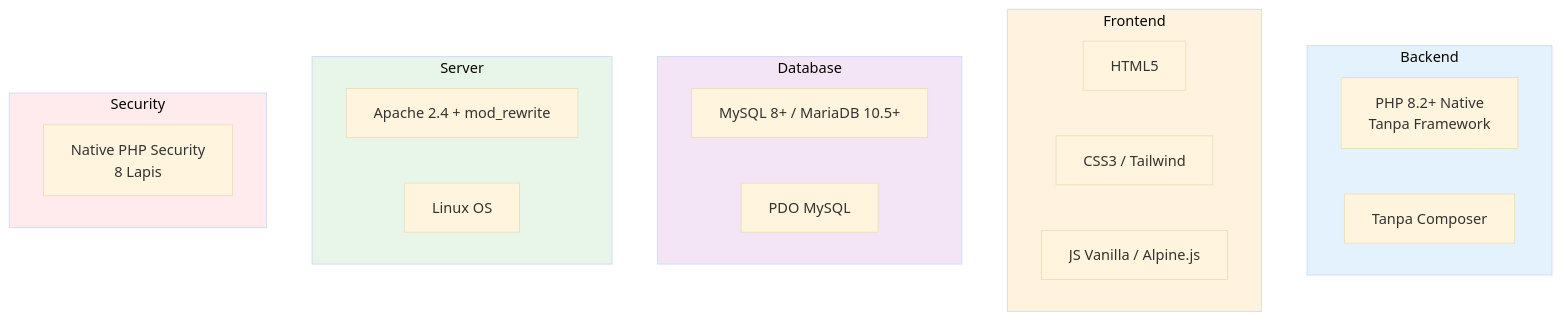
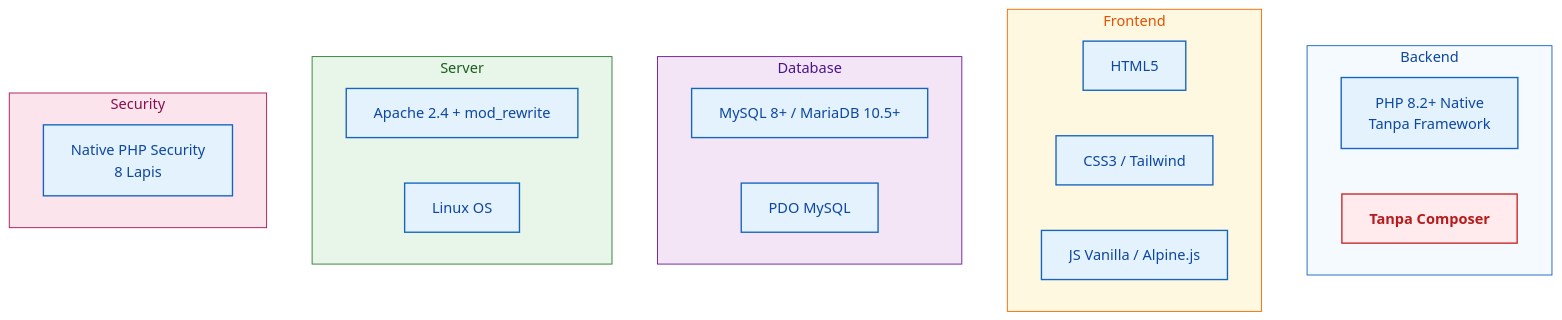
One commit to sekarpratama/project1 changed the third of 19 diagrams in README.md. Above: the diagram before and after it, drawn with Mermaid (base theme). The commit also changed other lines of this file, not shown here.

````diff
--- a/README.md
+++ b/README.md
@@ -83,33 +90,36 @@
 ```mermaid
 flowchart TB
     subgraph BACKEND["Backend"]
-        PHP["PHP 8.2+ Native<br/>Tanpa Framework"]
-        NoComposer["Tanpa Composer"]
+        PHP["PHP 8.2+ Native<br/>Tanpa Framework"]:::tech
+        NoComposer["Tanpa Composer"]:::no
     end
 
     subgraph FRONTEND["Frontend"]
-        HTML5["HTML5"]
-        CSS["CSS3 / Tailwind"]
-        JS["JS Vanilla / Alpine.js"]
+        HTML5["HTML5"]:::tech
+        CSS["CSS3 / Tailwind"]:::tech
+        JS["JS Vanilla / Alpine.js"]:::tech
     end
 
     subgraph DATABASE["Database"]
-        MySQL["MySQL 8+ / MariaDB 10.5+"]
-        PDO["PDO MySQL"]
+        MySQL["MySQL 8+ / MariaDB 10.5+"]:::tech
+        PDO["PDO MySQL"]:::tech
     end
 
     subgraph SERVER["Server"]
-        Apache["Apache 2.4 + mod_rewrite"]
-        Linux["Linux OS"]
+        Apache["Apache 2.4 + mod_rewrite"]:::tech
+        Linux["Linux OS"]:::tech
     end
 
     subgraph SECURITY["Security"]
-        Native["Native PHP Security<br/>8 Lapis"]
+        Native["Native PHP Security<br/>8 Lapis"]:::tech
     end
 
-    style BACKEND fill:#e3f2fd
-    style FRONTEND fill:#fff3e0
-    style DATABASE fill:#f3e5f5
-    style SERVER fill:#e8f5e9
-    style SECURITY fill:#ffebee
+    classDef tech fill:#e3f2fd,stroke:#1565c0,stroke-width:1.5px,color:#0d47a1
+    classDef no fill:#ffebee,stroke:#c62828,stroke-width:1.5px,color:#b71c1c,font-weight:bold
+
+    style BACKEND fill:#f5faff,stroke:#1565c0,color:#0d47a1
+    style FRONTEND fill:#fff8e1,stroke:#ef6c00,color:#e65100
+    style DATABASE fill:#f3e5f5,stroke:#6a1b9a,color:#4a148c
+    style SERVER fill:#e8f5e9,stroke:#2e7d32,color:#1b5e20
+    style SECURITY fill:#fce4ec,stroke:#ad1457,color:#880e4f
 ```
````
